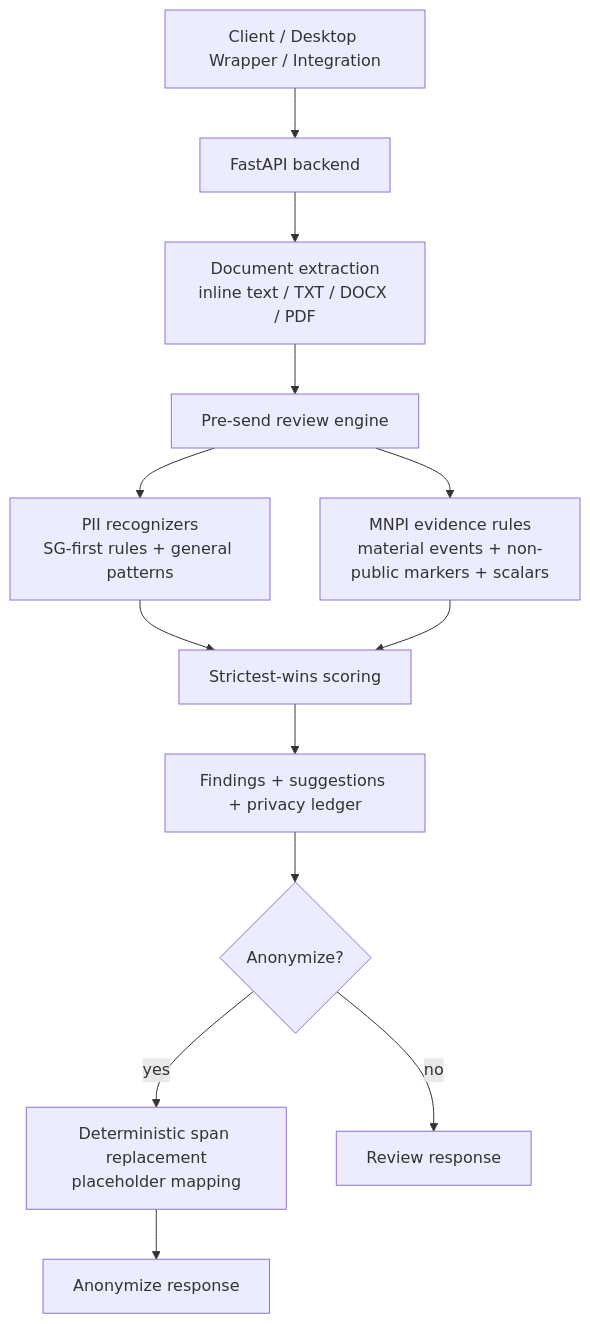
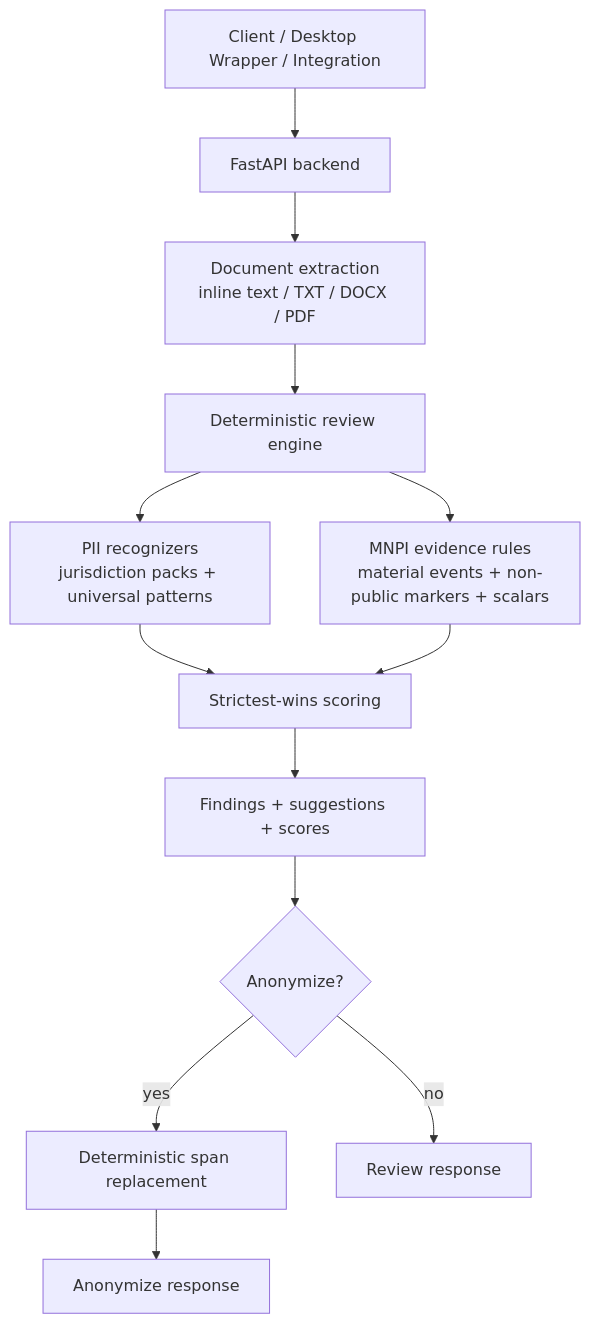
One commit to gongahkia/junas changed the diagram in docs/architecture.md. Above: the diagram before and after it, drawn with Mermaid. The commit also changed other lines of this file and 147 other files, not shown here.

Commit message:
feat(app): updated new flow amd codebase

````diff
--- a/docs/architecture.md
+++ b/docs/architecture.md
@@ -15,15 +16,15 @@
 ```mermaid
 flowchart TD
     Client[Client / Desktop Wrapper / Integration] --> API[FastAPI backend]
     API --> Extract[Document extraction<br/>inline text / TXT / DOCX / PDF]
-    Extract --> Review[Pre-send review engine]
-    Review --> PII[PII recognizers<br/>SG-first rules + general patterns]
+    Extract --> Review[Deterministic review engine]
+    Review --> PII[PII recognizers<br/>jurisdiction packs + universal patterns]
     Review --> MNPI[MNPI evidence rules<br/>material events + non-public markers + scalars]
     PII --> Score[Strictest-wins scoring]
     MNPI --> Score
-    Score --> Evidence[Findings + suggestions + privacy ledger]
-    Evidence --> Anon{Anonymize?}
-    Anon -->|yes| Replace[Deterministic span replacement<br/>placeholder mapping]
+    Score --> Findings[Findings + suggestions + scores]
+    Findings --> Anon{Anonymize?}
+    Anon -->|yes| Replace[Deterministic span replacement]
     Anon -->|no| ReviewResponse[Review response]
     Replace --> AnonResponse[Anonymize response]
 ```
````
